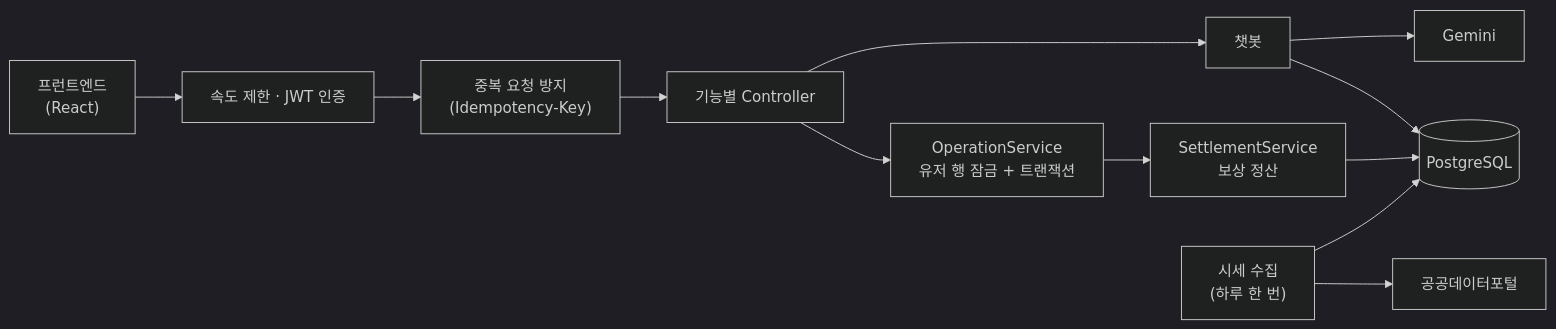
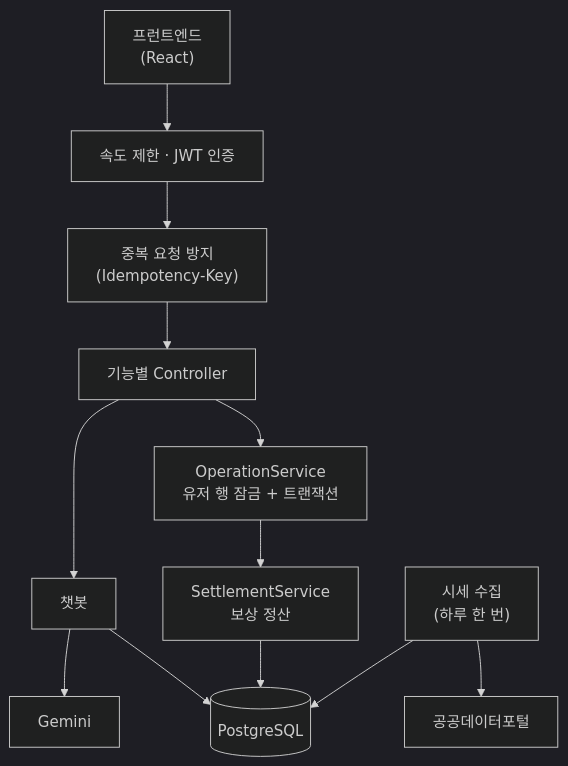
One commit to Dandimandeuljo/Gyeongbug-Expedition-Backend changed the diagram in README.md. Above: the diagram before and after it, drawn with Mermaid (dark theme).

Commit message:
docs: README 구조 그림을 세로 방향으로 변경
가로 배치에서는 글자가 작게 표시되어 세로 배치로 바꿨습니다.

````diff
--- a/README.md
+++ b/README.md
@@ -198,14 +198,14 @@
 ```mermaid
-flowchart LR
+flowchart TD
     Client["프런트엔드<br/>(React)"] --> Guard["속도 제한 · JWT 인증"]
     Guard --> Idem["중복 요청 방지<br/>(Idempotency-Key)"]
     Idem --> Controller["기능별 Controller"]
     Controller --> Operation["OperationService<br/>유저 행 잠금 + 트랜잭션"]
     Operation --> Settlement["SettlementService<br/>보상 정산"]
     Settlement --> DB[("PostgreSQL")]
     Controller --> Chat["챗봇"]
     Chat --> DB
     Chat --> Gemini["Gemini"]
     Collector["시세 수집<br/>(하루 한 번)"] --> Public["공공데이터포털"]
     Collector --> DB
 ```
````
